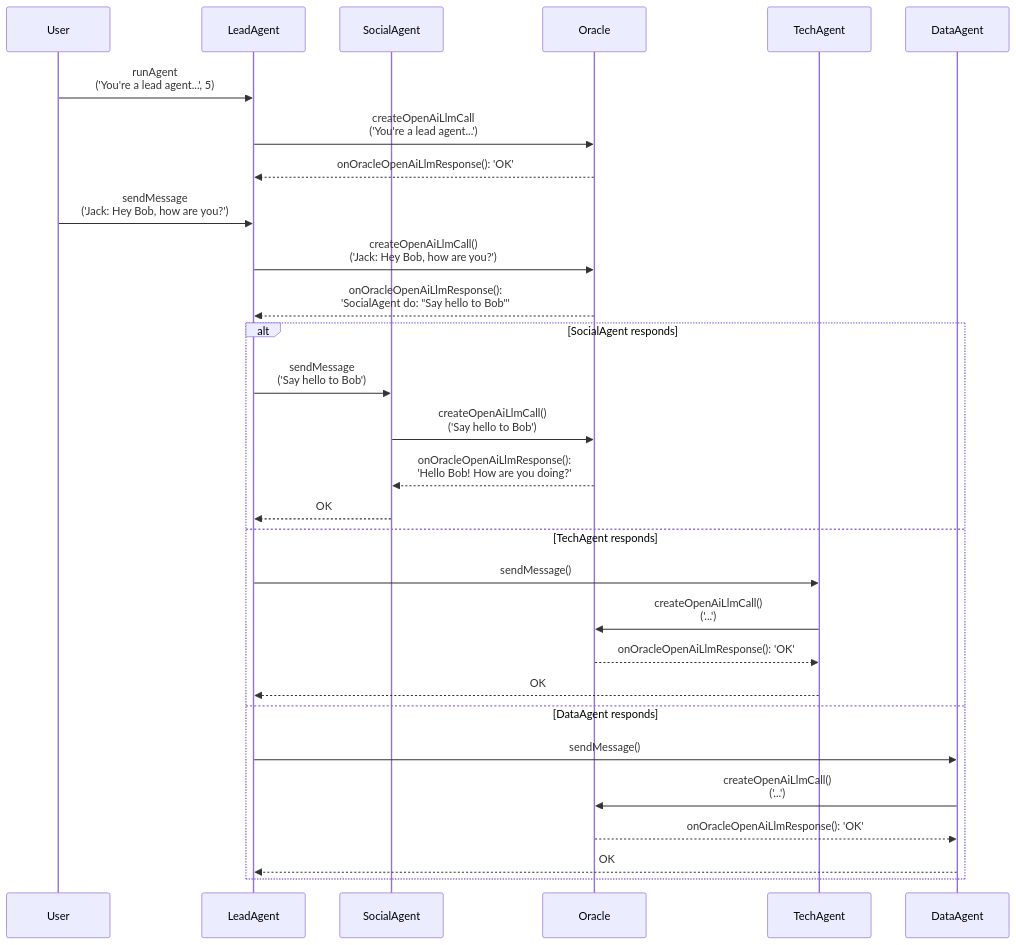
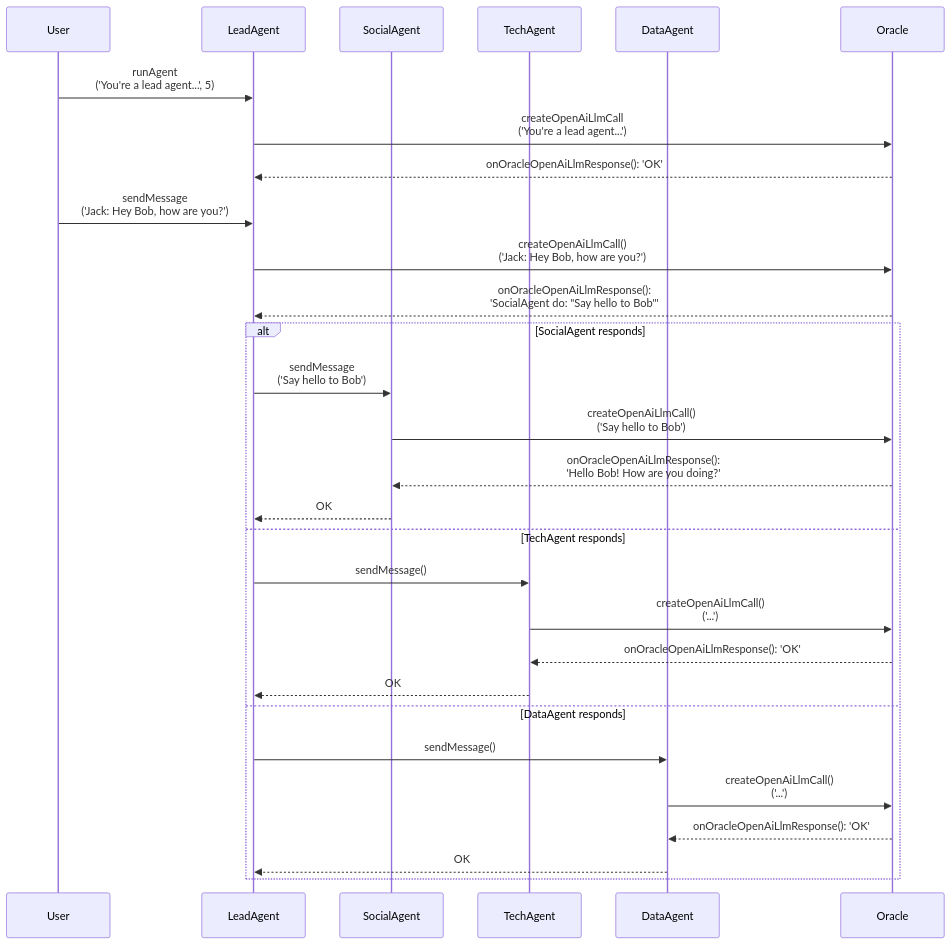
The diagram in packages/hardhat/README.md (gonzalomelov/goinspirexyz), drawn with Mermaid before and after one commit.

Commit message:
chore: minor update to the mermaid diagram

````diff
--- a/packages/hardhat/README.md
+++ b/packages/hardhat/README.md
@@ -7,33 +7,33 @@
 ```mermaid
 sequenceDiagram
     participant User
     participant LeadAgent
-    %% participant TechAgent
     participant SocialAgent
-    %% participant DataAgent
+    participant TechAgent
+    participant DataAgent
     participant Oracle
 
     User->>LeadAgent: runAgent <br> ('You're a lead agent...', 5)
     LeadAgent->>Oracle: createOpenAiLlmCall <br> ('You're a lead agent...')
     Oracle-->>LeadAgent: onOracleOpenAiLlmResponse(): 'OK'
     User->>LeadAgent: sendMessage <br> ('Jack: Hey Bob, how are you?')
     LeadAgent->>Oracle: createOpenAiLlmCall() <br> ('Jack: Hey Bob, how are you?')
     Oracle-->>LeadAgent: onOracleOpenAiLlmResponse(): <br> 'SocialAgent do: "Say hello to Bob"'
     
     alt SocialAgent responds
         LeadAgent->>SocialAgent: sendMessage <br> ('Say hello to Bob')
         SocialAgent->>Oracle: createOpenAiLlmCall() <br> ('Say hello to Bob')
         Oracle-->>SocialAgent: onOracleOpenAiLlmResponse(): <br> 'Hello Bob! How are you doing?'
         SocialAgent-->>LeadAgent: OK
     else TechAgent responds
         LeadAgent->>TechAgent: sendMessage()
         TechAgent->>Oracle: createOpenAiLlmCall() <br> ('...')
         Oracle-->>TechAgent: onOracleOpenAiLlmResponse(): 'OK'
         TechAgent-->>LeadAgent: OK
     else DataAgent responds
         LeadAgent->>DataAgent: sendMessage()
         DataAgent->>Oracle: createOpenAiLlmCall() <br> ('...')
         Oracle-->>DataAgent: onOracleOpenAiLlmResponse(): 'OK'
         DataAgent-->>LeadAgent: OK
     end
 ```
````
